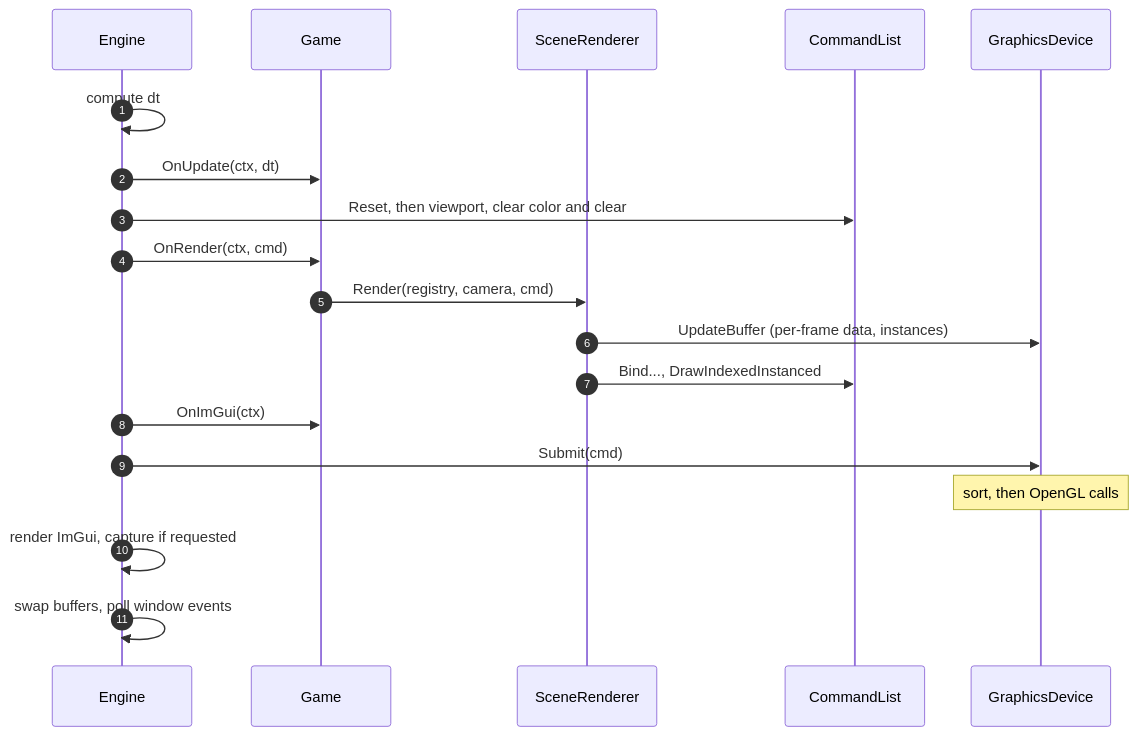
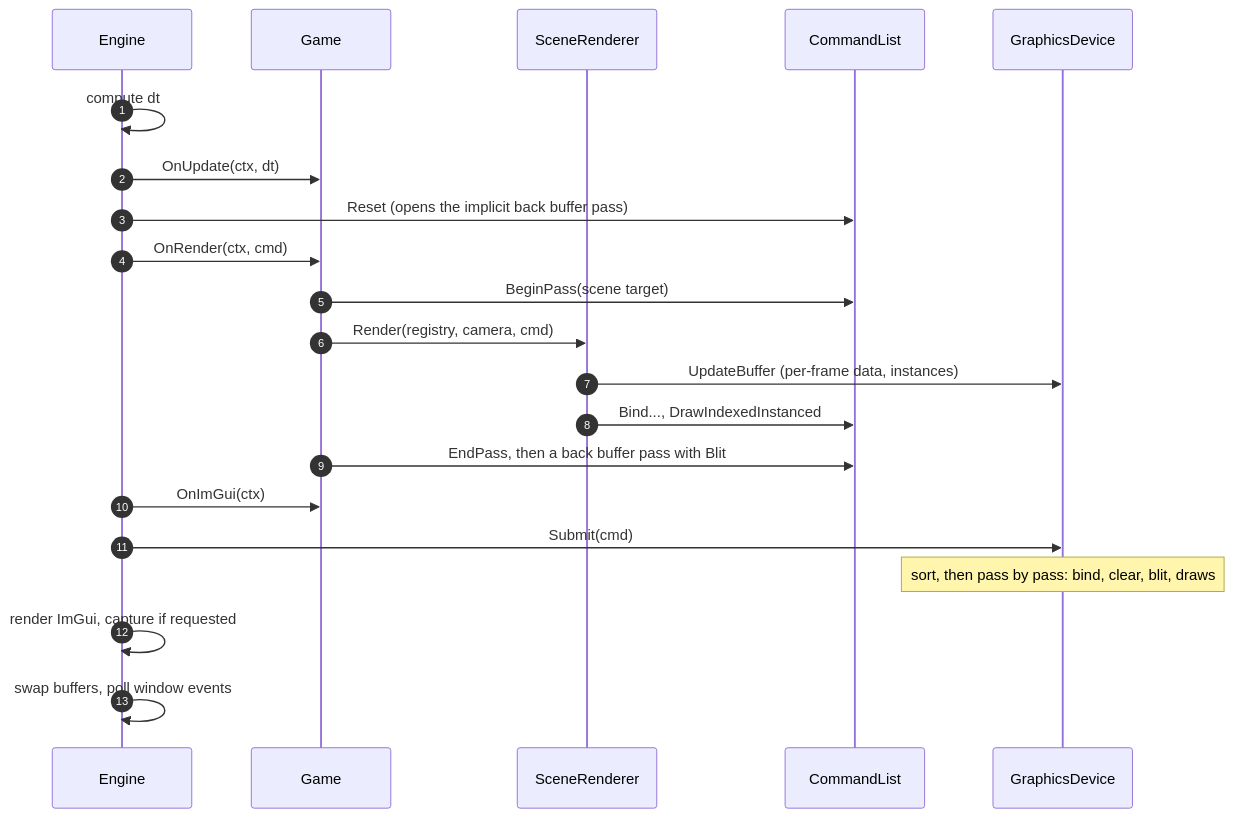
Before and after one commit to Samshiba/game-engine-foundations: the second of 2 diagrams in docs/architecture.md, drawn with Mermaid. The commit also changed other lines of this file and 2 other files, not shown here.

````diff
--- a/docs/architecture.md
+++ b/docs/architecture.md
@@ -172,21 +172,23 @@
 ```mermaid
 sequenceDiagram
     autonumber
     participant E as Engine
     participant G as Game
     participant SR as SceneRenderer
     participant C as CommandList
     participant D as GraphicsDevice
     E ->> E: compute dt
     E ->> G: OnUpdate(ctx, dt)
-    E ->> C: Reset, then viewport, clear color and clear
+    E ->> C: Reset (opens the implicit back buffer pass)
     E ->> G: OnRender(ctx, cmd)
+    G ->> C: BeginPass(scene target)
     G ->> SR: Render(registry, camera, cmd)
     SR ->> D: UpdateBuffer (per-frame data, instances)
     SR ->> C: Bind..., DrawIndexedInstanced
+    G ->> C: EndPass, then a back buffer pass with Blit
     E ->> G: OnImGui(ctx)
     E ->> D: Submit(cmd)
-    Note over D: sort, then OpenGL calls
+    Note over D: sort, then pass by pass: bind, clear, blit, draws
     E ->> E: render ImGui, capture if requested
     E ->> E: swap buffers, poll window events
 ```
````
